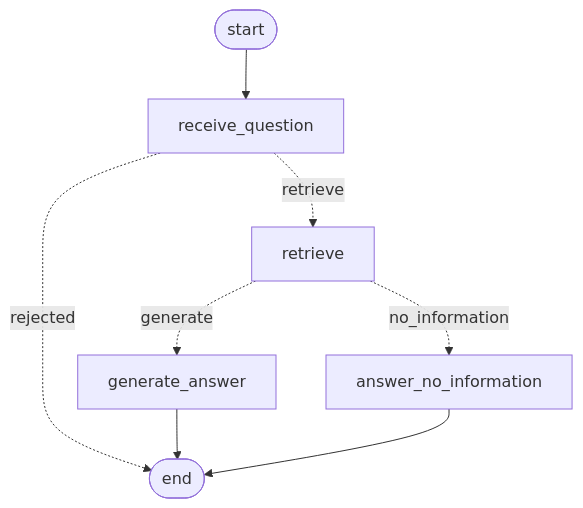
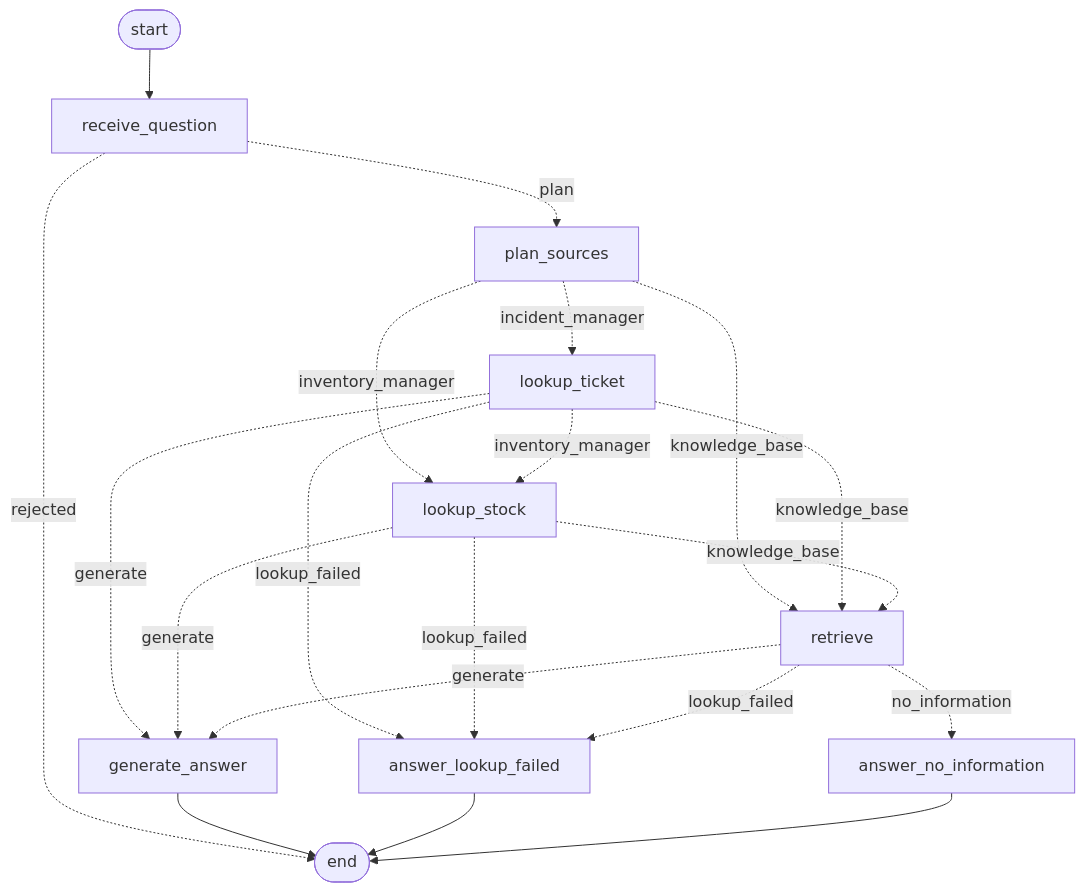
One commit to 4GeeksAcademy/MiguelN-AI-Trackflow-project changed the diagram in docs/agent/agent-graph.md. Above: the diagram before and after it, drawn with Mermaid. The commit also changed other lines of this file and 41 other files, not shown here.

````diff
--- a/docs/agent/agent-graph.md
+++ b/docs/agent/agent-graph.md
@@ -20,10 +23,22 @@
 ```mermaid
 graph TD;
     __start__([start]) --> receive_question;
     receive_question -. rejected .-> __end__([end]);
-    receive_question -. retrieve .-> retrieve;
+    receive_question -. plan .-> plan_sources;
+    plan_sources -. incident_manager .-> lookup_ticket;
+    plan_sources -. inventory_manager .-> lookup_stock;
+    plan_sources -. knowledge_base .-> retrieve;
+    lookup_ticket -. inventory_manager .-> lookup_stock;
+    lookup_ticket -. knowledge_base .-> retrieve;
+    lookup_ticket -. generate .-> generate_answer;
+    lookup_ticket -. lookup_failed .-> answer_lookup_failed;
+    lookup_stock -. knowledge_base .-> retrieve;
+    lookup_stock -. generate .-> generate_answer;
+    lookup_stock -. lookup_failed .-> answer_lookup_failed;
     retrieve -. generate .-> generate_answer;
+    retrieve -. lookup_failed .-> answer_lookup_failed;
     retrieve -. no_information .-> answer_no_information;
     generate_answer --> __end__;
+    answer_lookup_failed --> __end__;
     answer_no_information --> __end__;
 ```
````
